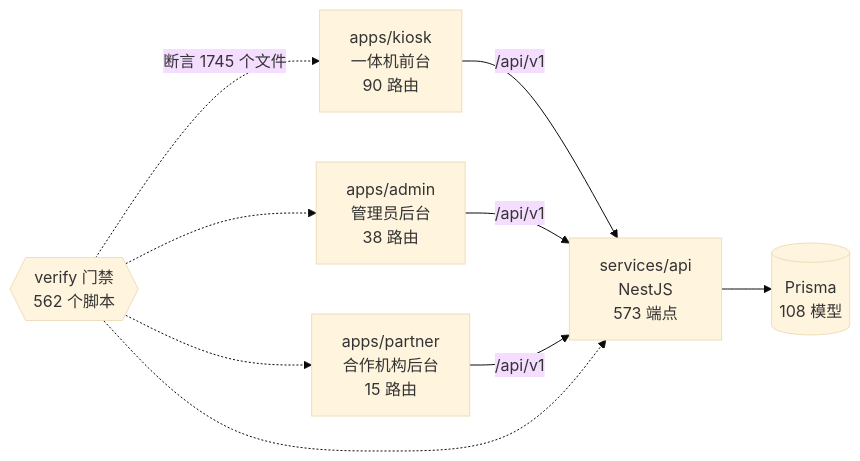
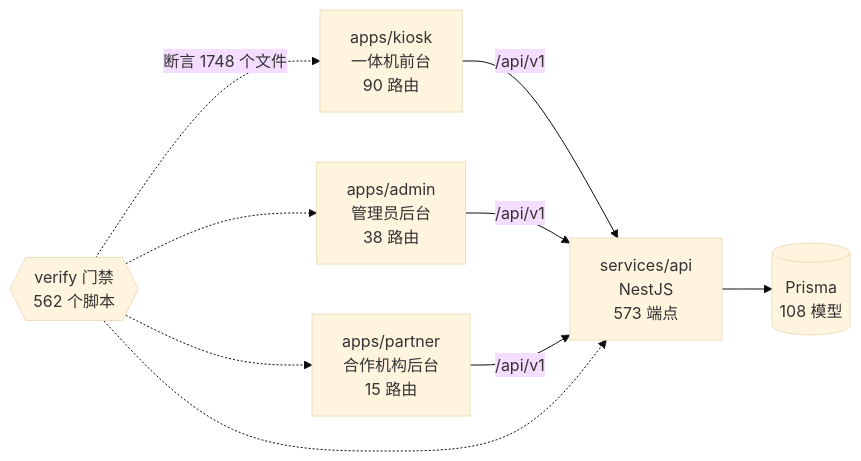
The diagram in docs/graph/README.md (wanglei581/YITIJI), drawn with Mermaid (base theme) before and after one commit. The commit also changed other lines of this file and 29 other files, not shown here.

````diff
--- a/docs/graph/README.md
+++ b/docs/graph/README.md
@@ -68,18 +68,18 @@
 ```mermaid
 flowchart LR
   kiosk["apps/kiosk<br/>一体机前台<br/>90 路由"]
   admin["apps/admin<br/>管理员后台<br/>38 路由"]
   partner["apps/partner<br/>合作机构后台<br/>15 路由"]
   api["services/api<br/>NestJS<br/>573 端点"]
   db[("Prisma<br/>108 模型")]
   gates{{"verify 门禁<br/>562 个脚本"}}
 
   kiosk -->|"/api/v1"| api
   admin -->|"/api/v1"| api
   partner -->|"/api/v1"| api
   api --> db
-  gates -.->|"断言 1745 个文件"| kiosk
+  gates -.->|"断言 1748 个文件"| kiosk
   gates -.-> admin
   gates -.-> partner
   gates -.-> api
 ```
````
